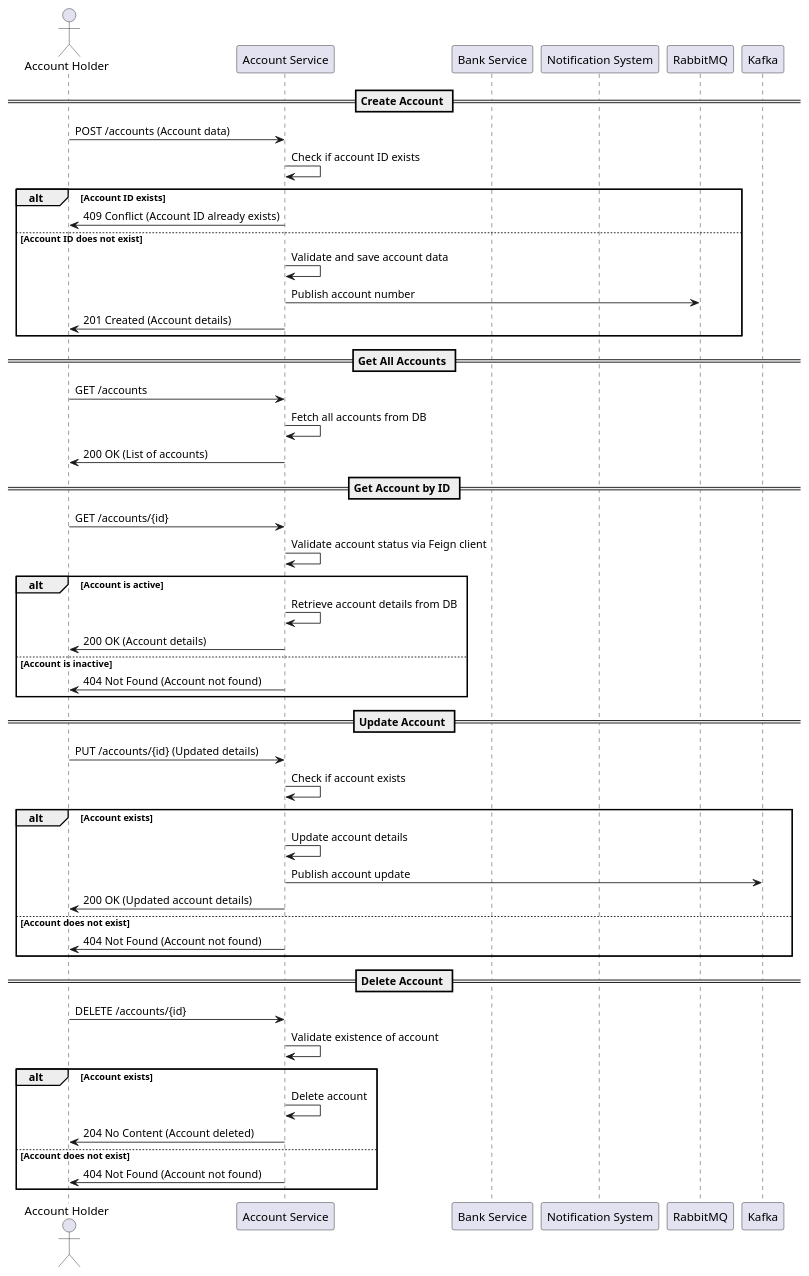
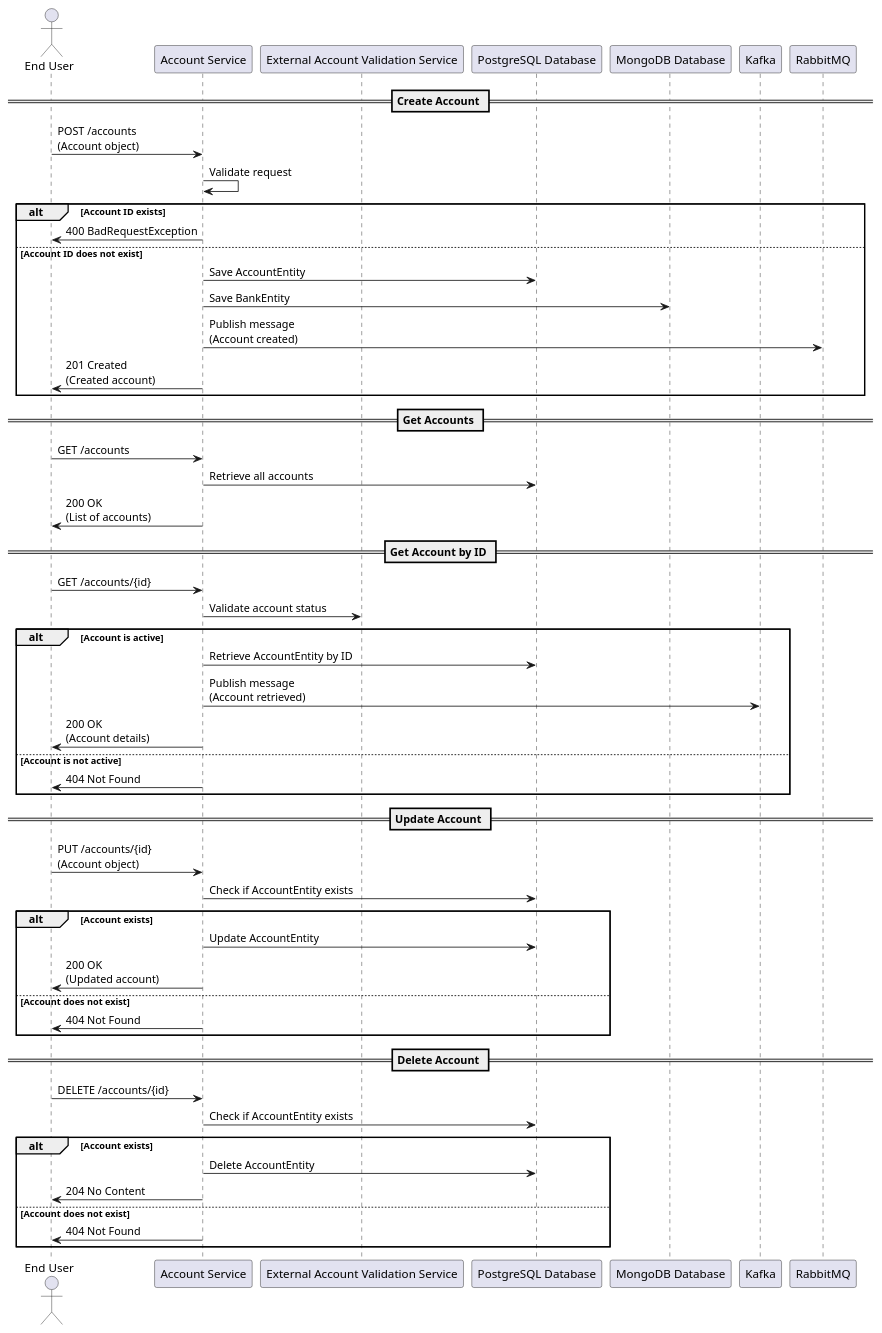
Before and after one commit to Bhaskar-Pavan/AccountService: the diagram in design_document/Account_service.md, drawn with PlantUML. The commit also changed other lines of this file, not shown here.

````diff
--- a/design_document/Account_service.md
+++ b/design_document/Account_service.md
@@ -37,58 +39,60 @@
 ```plantuml
 @startuml
-actor "Account Holder" as AH
-participant "Account Service" as AS
-participant "Bank Service" as BS
-participant "Notification System" as NS
-participant "RabbitMQ" as RMQ
-participant "Kafka" as KAFKA
+actor "End User" as User
+participant "Account Service" as Service
+participant "External Account Validation Service" as ValidationService
+participant "PostgreSQL Database" as PostgreSQL
+participant "MongoDB Database" as MongoDB
+participant "Kafka" as Kafka
+participant "RabbitMQ" as RabbitMQ
 
 == Create Account ==
-AH -> AS : POST /accounts (Account data)
-AS -> AS : Check if account ID exists
+User -> Service: POST /accounts\n(Account object)
+Service -> Service: Validate request
 alt Account ID exists
-    AS -> AH : 409 Conflict (Account ID already exists)
+    Service -> User: 400 BadRequestException
 else Account ID does not exist
-    AS -> AS : Validate and save account data
-    AS -> RMQ : Publish account number
-    AS -> AH : 201 Created (Account details)
+    Service -> PostgreSQL: Save AccountEntity
+    Service -> MongoDB: Save BankEntity
+    Service -> RabbitMQ: Publish message\n(Account created)
+    Service -> User: 201 Created\n(Created account)
 end
 
-== Get All Accounts ==
-AH -> AS : GET /accounts
-AS -> AS : Fetch all accounts from DB
-AS -> AH : 200 OK (List of accounts)
+== Get Accounts ==
+User -> Service: GET /accounts
+Service -> PostgreSQL: Retrieve all accounts
+Service -> User: 200 OK\n(List of accounts)
 
 == Get Account by ID ==
-AH -> AS : GET /accounts/{id}
-AS -> AS : Validate account status via Feign client
+User -> Service: GET /accounts/{id}
+Service -> ValidationService: Validate account status
 alt Account is active
-    AS -> AS : Retrieve account details from DB
-    AS -> AH : 200 OK (Account details)
-else Account is inactive
-    AS -> AH : 404 Not Found (Account not found)
+    Service -> PostgreSQL: Retrieve AccountEntity by ID
+    Service -> Kafka: Publish message\n(Account retrieved)
+    Service -> User: 200 OK\n(Account details)
+else Account is not active
+    Service -> User: 404 Not Found
 end
 
 == Update Account ==
-AH -> AS : PUT /accounts/{id} (Updated details)
-AS -> AS : Check if account exists
+User -> Service: PUT /accounts/{id}\n(Account object)
+Service -> PostgreSQL: Check if AccountEntity exists
 alt Account exists
-    AS -> AS : Update account details
-    AS -> KAFKA : Publish account update
-    AS -> AH : 200 OK (Updated account details)
+    Service -> PostgreSQL: Update AccountEntity
+    Service -> User: 200 OK\n(Updated account)
 else Account does not exist
-    AS -> AH : 404 Not Found (Account not found)
+    Service -> User: 404 Not Found
 end
 
 == Delete Account ==
-AH -> AS : DELETE /accounts/{id}
-AS -> AS : Validate existence of account
+User -> Service: DELETE /accounts/{id}
+Service -> PostgreSQL: Check if AccountEntity exists
 alt Account exists
-    AS -> AS : Delete account
-    AS -> AH : 204 No Content (Account deleted)
+    Service -> PostgreSQL: Delete AccountEntity
+    Service -> User: 204 No Content
 else Account does not exist
-    AS -> AH : 404 Not Found (Account not found)
+    Service -> User: 404 Not Found
 end
 
 @enduml
 ```
````
